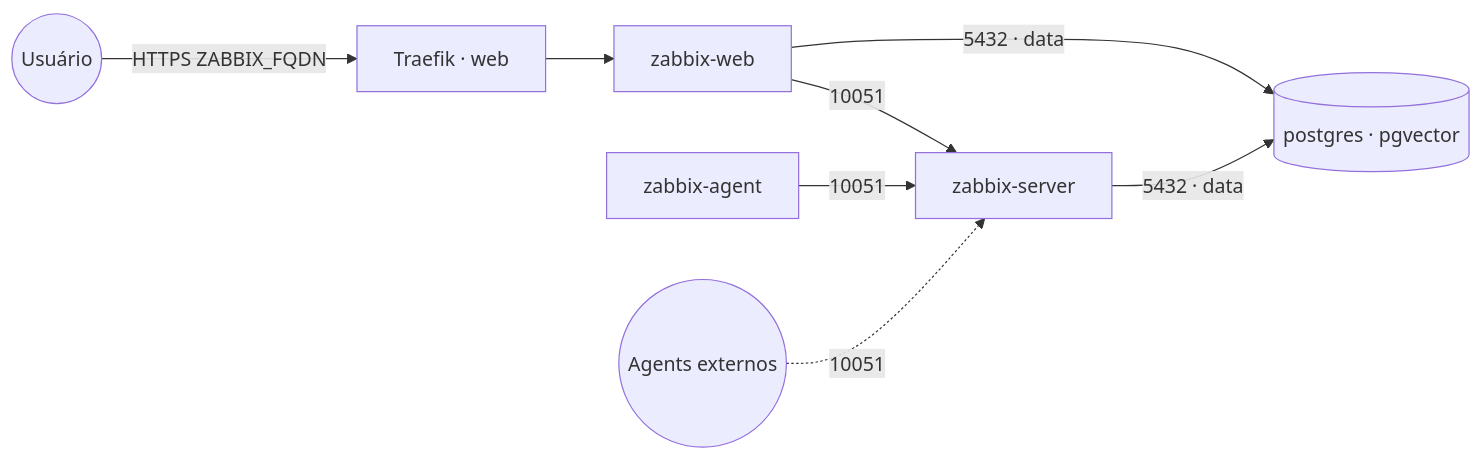
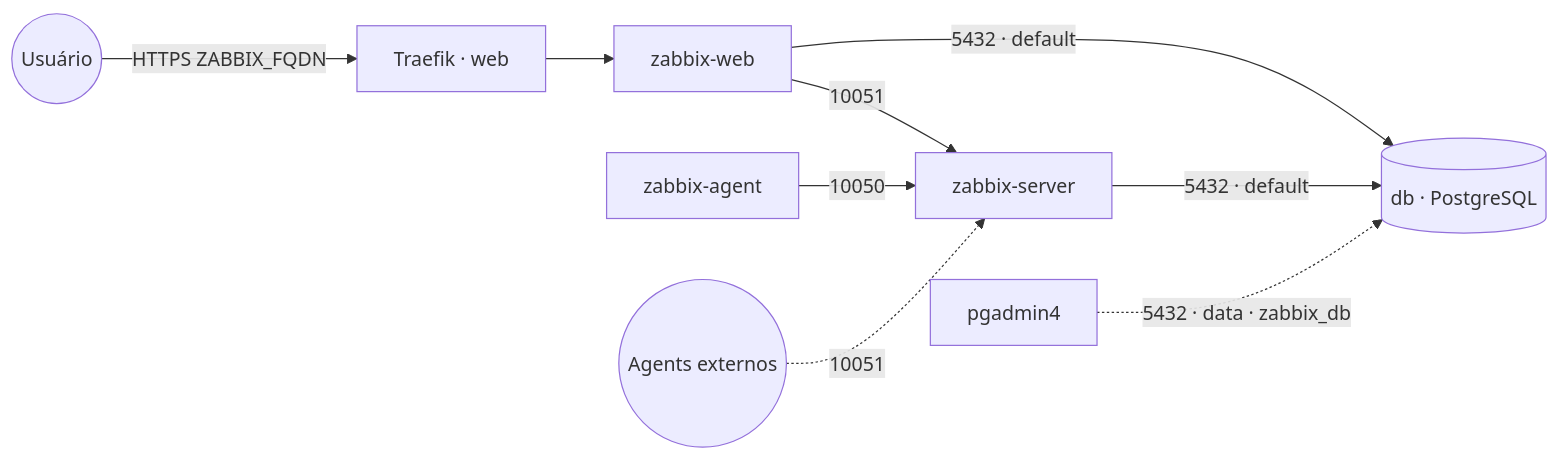
The diagram in zabbix/README.md (marcelofmatos/portainer-stacks), drawn with Mermaid before and after one commit. The commit also changed other lines of this file and 23 other files, not shown here.

First line of the commit message:
Refactor stacks to use embedded PostgreSQL instead of shared instances

````diff
--- a/zabbix/README.md
+++ b/zabbix/README.md
@@ -15,10 +18,11 @@
 ```mermaid
 flowchart LR
     user((Usuário)) -->|HTTPS ZABBIX_FQDN| traefik[Traefik · web]
     traefik --> web[zabbix-web]
     web -->|10051| server[zabbix-server]
-    web -->|5432 · data| pg[(postgres · pgvector)]
-    server -->|5432 · data| pg
-    agent[zabbix-agent] -->|10051| server
+    web -->|5432 · default| db[(db · PostgreSQL)]
+    server -->|5432 · default| db
+    agent[zabbix-agent] -->|10050| server
     extagents((Agents externos)) -.->|10051| server
+    pg[pgadmin4] -.->|5432 · data · zabbix_db| db
 ```
````
